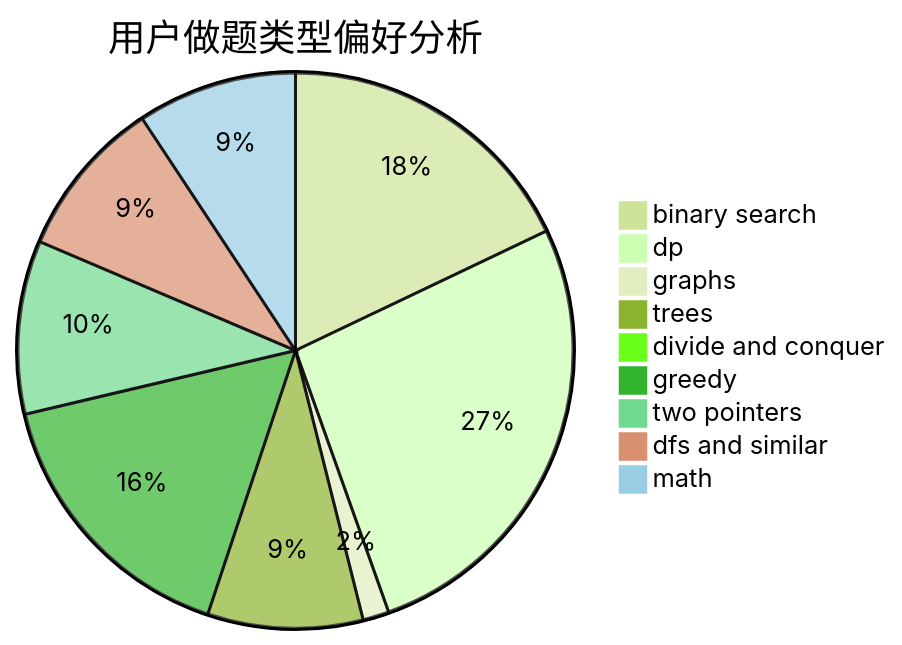
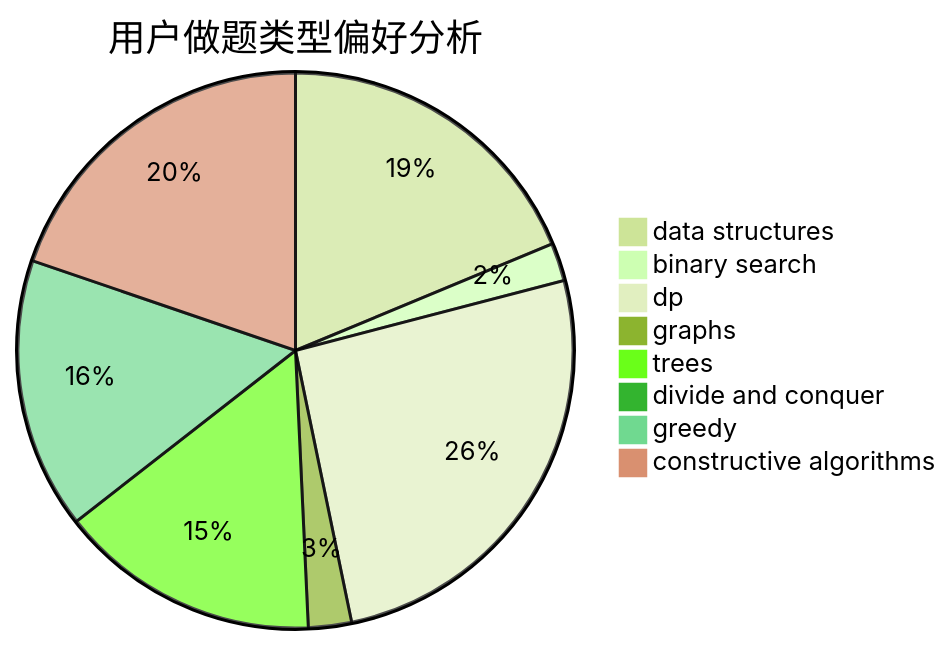
The second of 3 diagrams in docs/user/u2105.md (sherpahu/cfrs.github.io), drawn with Mermaid (forest theme) before and after one commit. The commit also changed other lines of this file and 2775 other files, not shown here.

````diff
--- a/docs/user/u2105.md
+++ b/docs/user/u2105.md
@@ -23,12 +23,11 @@
 ```mermaid
 pie title 用户做题类型偏好分析
-    "binary search" :  270
-    "dp" :  401
-    "graphs" :  23
-    "trees" :  136
-    "divide and conquer" :  5
-    "greedy" :  244
-    "two pointers" :  152
-    "dfs and similar" :  140
-    "math" :  140
+    "data structures" :  127
+    "binary search" :  15
+    "dp" :  175
+    "graphs" :  17
+    "trees" :  103
+    "divide and conquer" :  0
+    "greedy" :  107
+    "constructive algorithms" :  134
 ```
````
